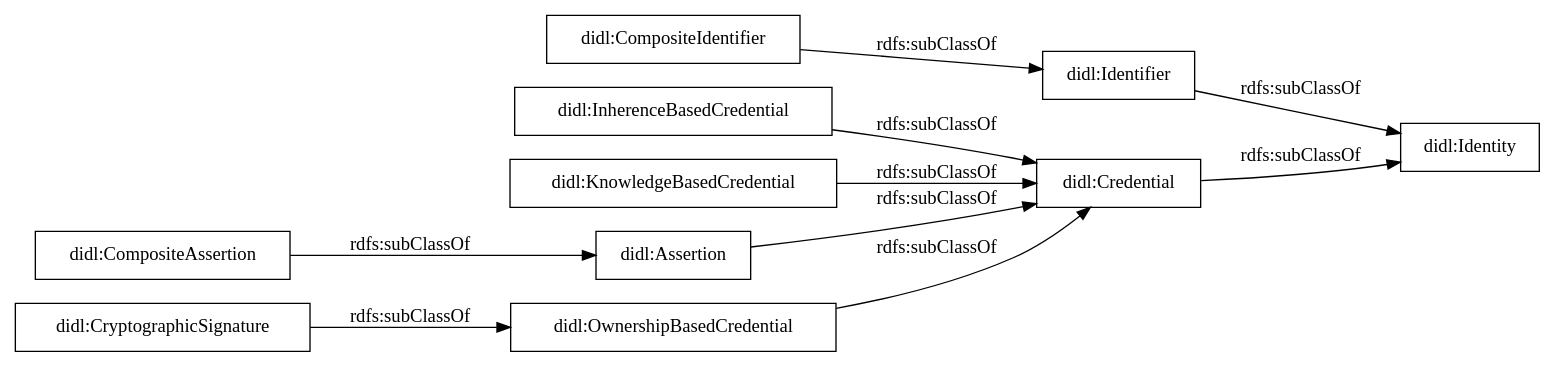
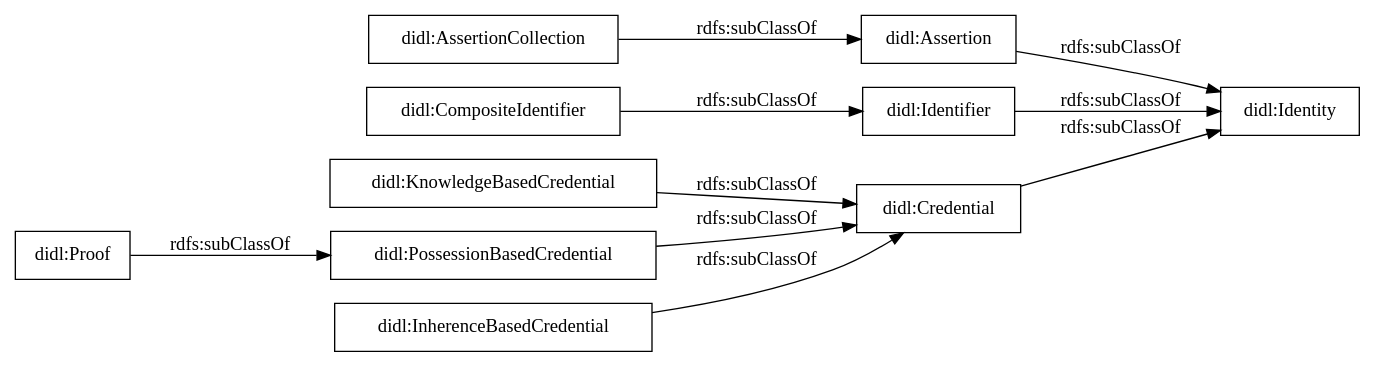
Before and after one commit to jiahang-chen/didl: the diagram in OnToology/didl.ttl/diagrams/ar2dtool-taxonomy/didl.ttl.png.dot, drawn with Graphviz. The commit also changed 12 other files, not shown here.

```diff
--- a/OnToology/didl.ttl/diagrams/ar2dtool-taxonomy/didl.ttl.png.dot
+++ b/OnToology/didl.ttl/diagrams/ar2dtool-taxonomy/didl.ttl.png.dot
@@ -1,15 +1,15 @@
 digraph ar2dtool_diagram { 
 rankdir=LR;
 size="1000"
-node [shape = rectangle, color="black"]; "didl:OwnershipBasedCredential" "didl:Identity" "didl:InherenceBasedCredential" "didl:Identifier" "didl:CompositeAssertion" "didl:CompositeIdentifier" "didl:KnowledgeBasedCredential" "didl:Assertion" "didl:CryptographicSignature" "didl:Credential" ; /*classes style*/
-	"didl:Assertion" -> "didl:Credential" [ label = "rdfs:subClassOf" ];
-	"didl:OwnershipBasedCredential" -> "didl:Credential" [ label = "rdfs:subClassOf" ];
+node [shape = rectangle, color="black"]; "didl:KnowledgeBasedCredential" "didl:CompositeIdentifier" "didl:PossessionBasedCredential" "didl:Assertion" "didl:Identity" "didl:Credential" "didl:InherenceBasedCredential" "didl:Proof" "didl:AssertionCollection" "didl:Identifier" ; /*classes style*/
+	"didl:KnowledgeBasedCredential" -> "didl:Credential" [ label = "rdfs:subClassOf" ];
 	"didl:InherenceBasedCredential" -> "didl:Credential" [ label = "rdfs:subClassOf" ];
-	"didl:CompositeIdentifier" -> "didl:Identifier" [ label = "rdfs:subClassOf" ];
-	"didl:CryptographicSignature" -> "didl:OwnershipBasedCredential" [ label = "rdfs:subClassOf" ];
+	"didl:PossessionBasedCredential" -> "didl:Credential" [ label = "rdfs:subClassOf" ];
 	"didl:Credential" -> "didl:Identity" [ label = "rdfs:subClassOf" ];
 	"didl:Identifier" -> "didl:Identity" [ label = "rdfs:subClassOf" ];
-	"didl:CompositeAssertion" -> "didl:Assertion" [ label = "rdfs:subClassOf" ];
-	"didl:KnowledgeBasedCredential" -> "didl:Credential" [ label = "rdfs:subClassOf" ];
+	"didl:CompositeIdentifier" -> "didl:Identifier" [ label = "rdfs:subClassOf" ];
+	"didl:Assertion" -> "didl:Identity" [ label = "rdfs:subClassOf" ];
+	"didl:AssertionCollection" -> "didl:Assertion" [ label = "rdfs:subClassOf" ];
+	"didl:Proof" -> "didl:PossessionBasedCredential" [ label = "rdfs:subClassOf" ];
 
 }
```
